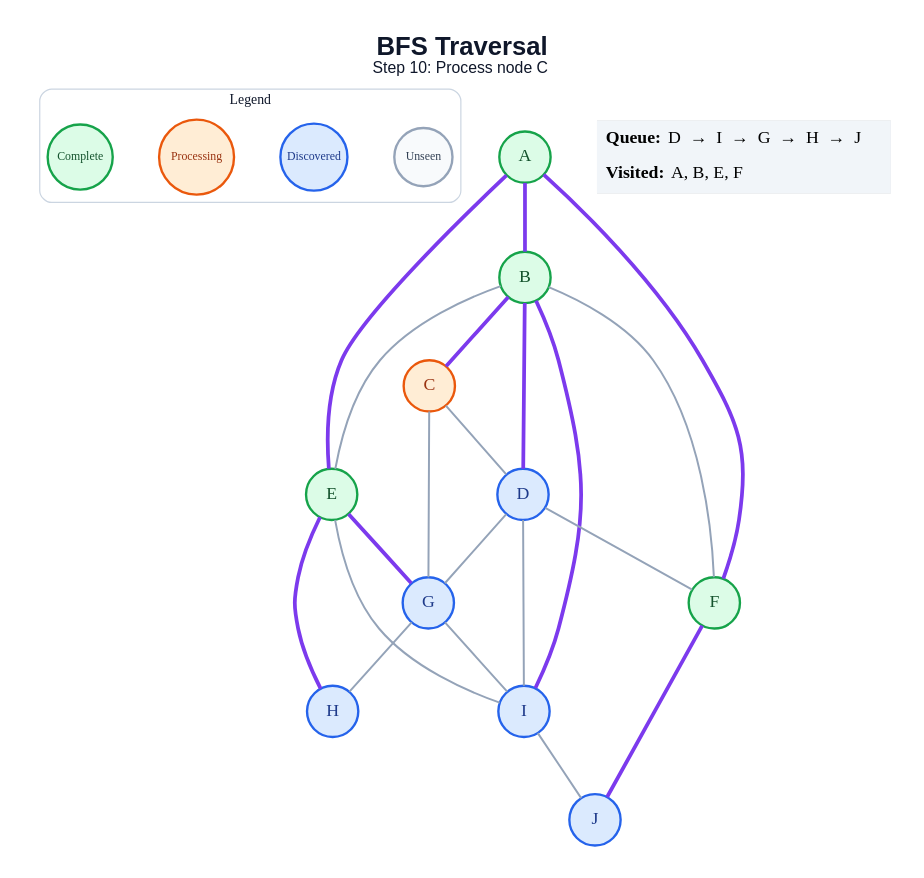
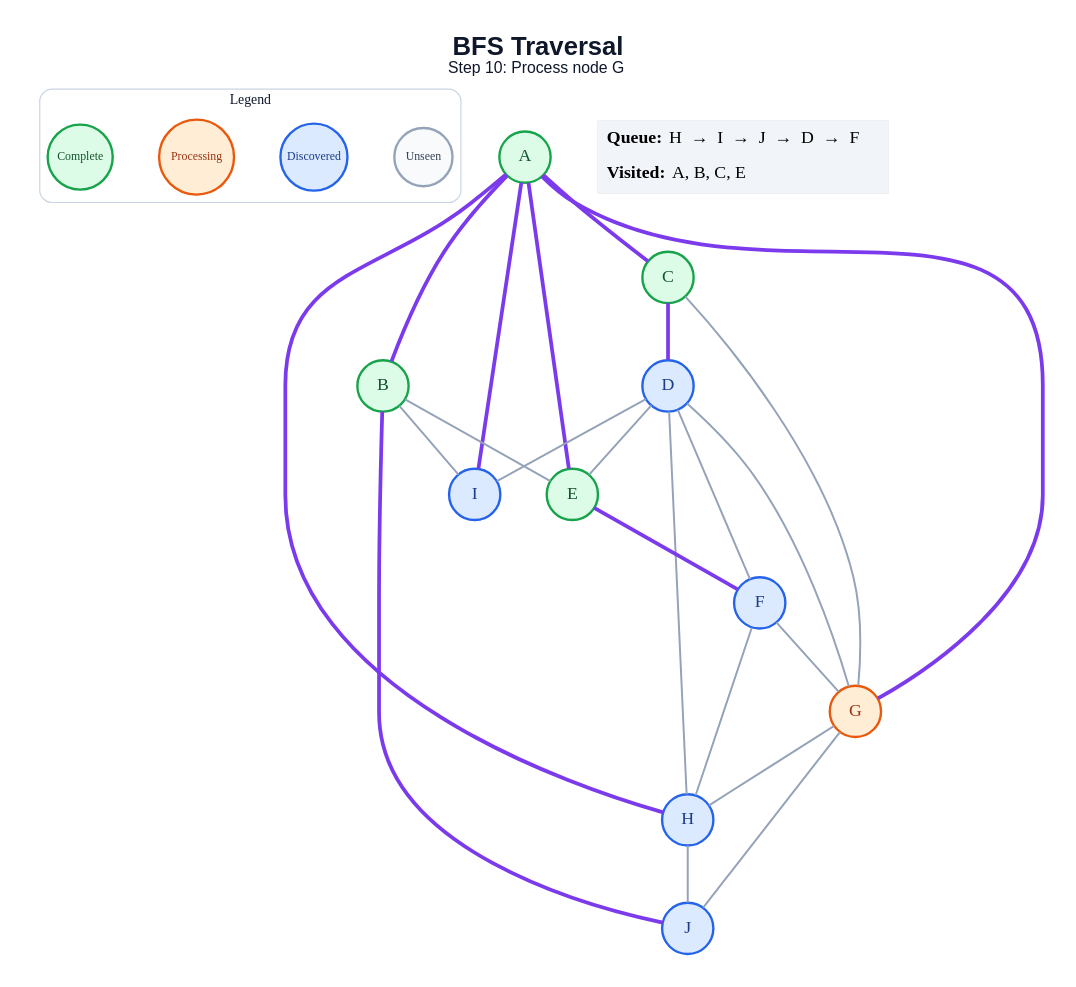
The diagram in generated/bfs/step_10.dot (amanghodawala9/ai-slop), drawn with Graphviz before and after one commit. The commit also changed 178 other files, not shown here.

```diff
--- a/generated/bfs/step_10.dot
+++ b/generated/bfs/step_10.dot
@@ -1,49 +1,51 @@
 graph traversal {
   graph [layout=dot, rankdir=TB, bgcolor="#FFFFFF", pad="0.35", nodesep="0.65", ranksep="0.8", fontname="Arial"];
   node [shape=circle, style="filled", fontname="Arial Bold", fontsize=18, width=0.72, fixedsize=true, penwidth=2.4];
   edge [color="#94A3B8", penwidth=2.0];
-  label=<<B>BFS Traversal</B><BR/><FONT POINT-SIZE="16">Step 10: Process node C</FONT>>; labelloc="t"; fontsize=26; fontname="Arial"; fontcolor="#0F172A";
+  label=<<B>BFS Traversal</B><BR/><FONT POINT-SIZE="16">Step 10: Process node G</FONT>>; labelloc="t"; fontsize=26; fontname="Arial"; fontcolor="#0F172A";
   subgraph cluster_legend { label="Legend"; color="#CBD5E1"; penwidth=1.2; style="rounded"; fontsize=14; fontname="Arial Bold";
     key_unseen [label="Unseen", fillcolor="#F8FAFC", color="#94A3B8", fontcolor="#334155", fontsize=12, width=0.82];
     key_frontier [label="Discovered", fillcolor="#DBEAFE", color="#2563EB", fontcolor="#1E3A8A", fontsize=12, width=0.95];
     key_current [label="Processing", fillcolor="#FFEDD5", color="#EA580C", fontcolor="#9A3412", fontsize=12, width=1.05];
     key_done [label="Complete", fillcolor="#DCFCE7", color="#16A34A", fontcolor="#14532D", fontsize=12, width=0.92];
     { rank=same; key_unseen; key_frontier; key_current; key_done; }
   }
   A [fillcolor="#DCFCE7", color="#16A34A", fontcolor="#14532D"];
   B [fillcolor="#DCFCE7", color="#16A34A", fontcolor="#14532D"];
-  C [fillcolor="#FFEDD5", color="#EA580C", fontcolor="#9A3412"];
+  C [fillcolor="#DCFCE7", color="#16A34A", fontcolor="#14532D"];
   D [fillcolor="#DBEAFE", color="#2563EB", fontcolor="#1E3A8A"];
   E [fillcolor="#DCFCE7", color="#16A34A", fontcolor="#14532D"];
-  F [fillcolor="#DCFCE7", color="#16A34A", fontcolor="#14532D"];
-  G [fillcolor="#DBEAFE", color="#2563EB", fontcolor="#1E3A8A"];
+  F [fillcolor="#DBEAFE", color="#2563EB", fontcolor="#1E3A8A"];
+  G [fillcolor="#FFEDD5", color="#EA580C", fontcolor="#9A3412"];
   H [fillcolor="#DBEAFE", color="#2563EB", fontcolor="#1E3A8A"];
   I [fillcolor="#DBEAFE", color="#2563EB", fontcolor="#1E3A8A"];
   J [fillcolor="#DBEAFE", color="#2563EB", fontcolor="#1E3A8A"];
   A -- B [color="#7C3AED", penwidth=3.8];
+  A -- C [color="#7C3AED", penwidth=3.8];
   A -- E [color="#7C3AED", penwidth=3.8];
-  A -- F [color="#7C3AED", penwidth=3.8];
-  B -- C [color="#7C3AED", penwidth=3.8];
-  B -- D [color="#7C3AED", penwidth=3.8];
+  A -- G [color="#7C3AED", penwidth=3.8];
+  A -- H [color="#7C3AED", penwidth=3.8];
+  A -- I [color="#7C3AED", penwidth=3.8];
   B -- E;
-  B -- F;
-  B -- I [color="#7C3AED", penwidth=3.8];
-  C -- D;
+  B -- I;
+  B -- J [color="#7C3AED", penwidth=3.8];
+  C -- D [color="#7C3AED", penwidth=3.8];
   C -- G;
+  D -- E;
   D -- F;
   D -- G;
+  D -- H;
   D -- I;
-  E -- G [color="#7C3AED", penwidth=3.8];
-  E -- H [color="#7C3AED", penwidth=3.8];
-  E -- I;
-  F -- J [color="#7C3AED", penwidth=3.8];
+  E -- F [color="#7C3AED", penwidth=3.8];
+  F -- G;
+  F -- H;
   G -- H;
-  G -- I;
-  I -- J;
+  G -- J;
+  H -- J;
   status [shape=plain, fixedsize=false, width=0, height=0, margin=0, label=<
     <TABLE BORDER="0" CELLBORDER="0" CELLPADDING="7" BGCOLOR="#F1F5F9">
-      <TR><TD ALIGN="LEFT"><B>Queue:</B> D  →  I  →  G  →  H  →  J</TD></TR>
-      <TR><TD ALIGN="LEFT"><B>Visited:</B> A, B, E, F</TD></TR>
+      <TR><TD ALIGN="LEFT"><B>Queue:</B> H  →  I  →  J  →  D  →  F</TD></TR>
+      <TR><TD ALIGN="LEFT"><B>Visited:</B> A, B, C, E</TD></TR>
     </TABLE>
   >];
 }
```
